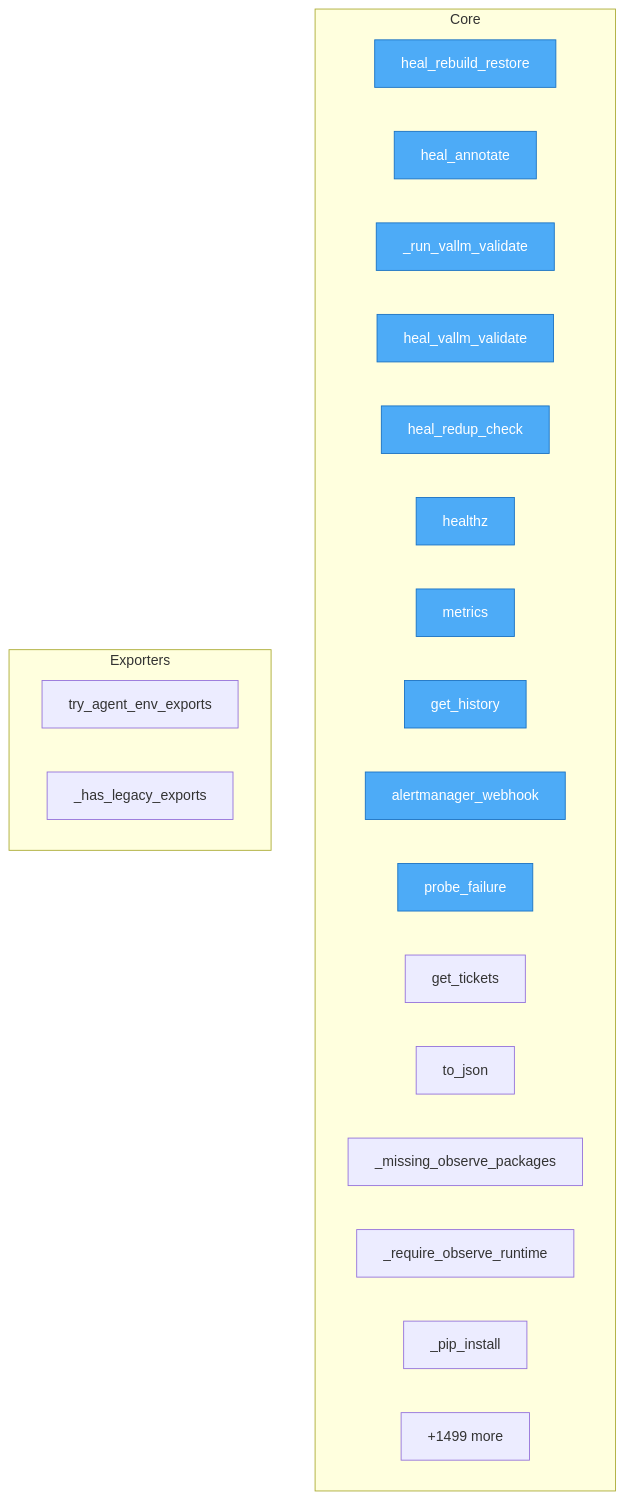
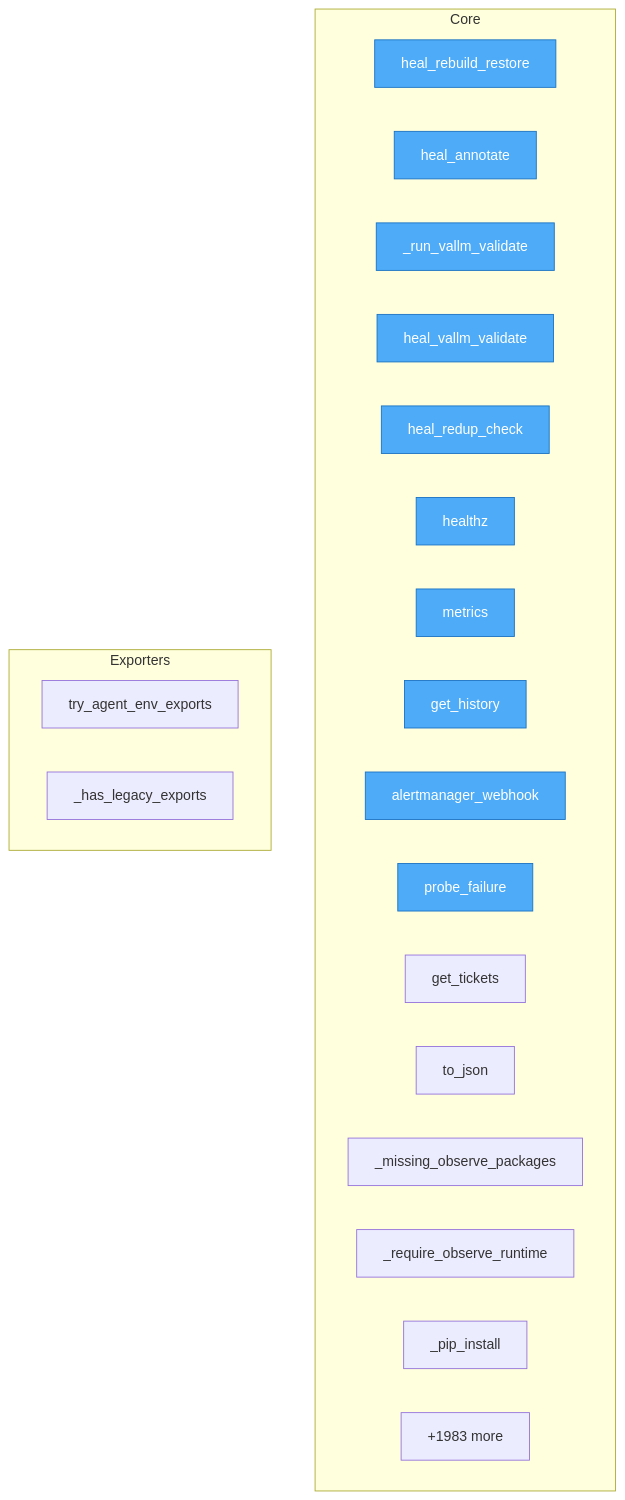
Before and after one commit to semcod/koru: the diagram in project/flow.mmd, drawn with Mermaid. The commit also changed 84 other files, not shown here.

```diff
--- a/project/flow.mmd
+++ b/project/flow.mmd
@@ -1,31 +1,31 @@
 flowchart TD
-%% generated in 0.15s
+%% generated in 0.16s
 
     %% Entry points (blue)
     classDef entry fill:#4dabf7,stroke:#1971c2,color:#fff
 
     subgraph Core
         services__healing_webhook__app__heal_rebuild_restore["heal_rebuild_restore"]
         services__healing_webhook__app__heal_annotate["heal_annotate"]
         services__healing_webhook__app___run_vallm_validate["_run_vallm_validate"]
         services__healing_webhook__app__heal_vallm_validate["heal_vallm_validate"]
         services__healing_webhook__app__heal_redup_check["heal_redup_check"]
         services__healing_webhook__app__healthz["healthz"]
         services__healing_webhook__app__metrics["metrics"]
         services__healing_webhook__app__get_history["get_history"]
         services__healing_webhook__app__alertmanager_webhook["alertmanager_webhook"]
         services__healing_webhook__app__probe_failure["probe_failure"]
         services__healing_webhook__app__get_tickets["get_tickets"]
         src__koruobserve__lifecycle__ObserveProcesses__to_json["to_json"]
         src__koruobserve__cli___missing_observe_packages["_missing_observe_packages"]
         src__koruobserve__cli___require_observe_runtime["_require_observe_runtime"]
         src__koruobserve__cli___pip_install["_pip_install"]
-        ...["+1499 more"]
+        ...["+1983 more"]
     end
 
     subgraph Exporters
         src__koru__agent_cli_helpers__try_agent_env_exports["try_agent_env_exports"]
         src__koru__cli___has_legacy_exports["_has_legacy_exports"]
     end
 
     class services__healing_webhook__app__heal_rebuild_restore,services__healing_webhook__app__heal_annotate,services__healing_webhook__app___run_vallm_validate,services__healing_webhook__app__heal_vallm_validate,services__healing_webhook__app__heal_redup_check,services__healing_webhook__app__healthz,services__healing_webhook__app__metrics,services__healing_webhook__app__get_history,services__healing_webhook__app__alertmanager_webhook,services__healing_webhook__app__probe_failure entry
```
